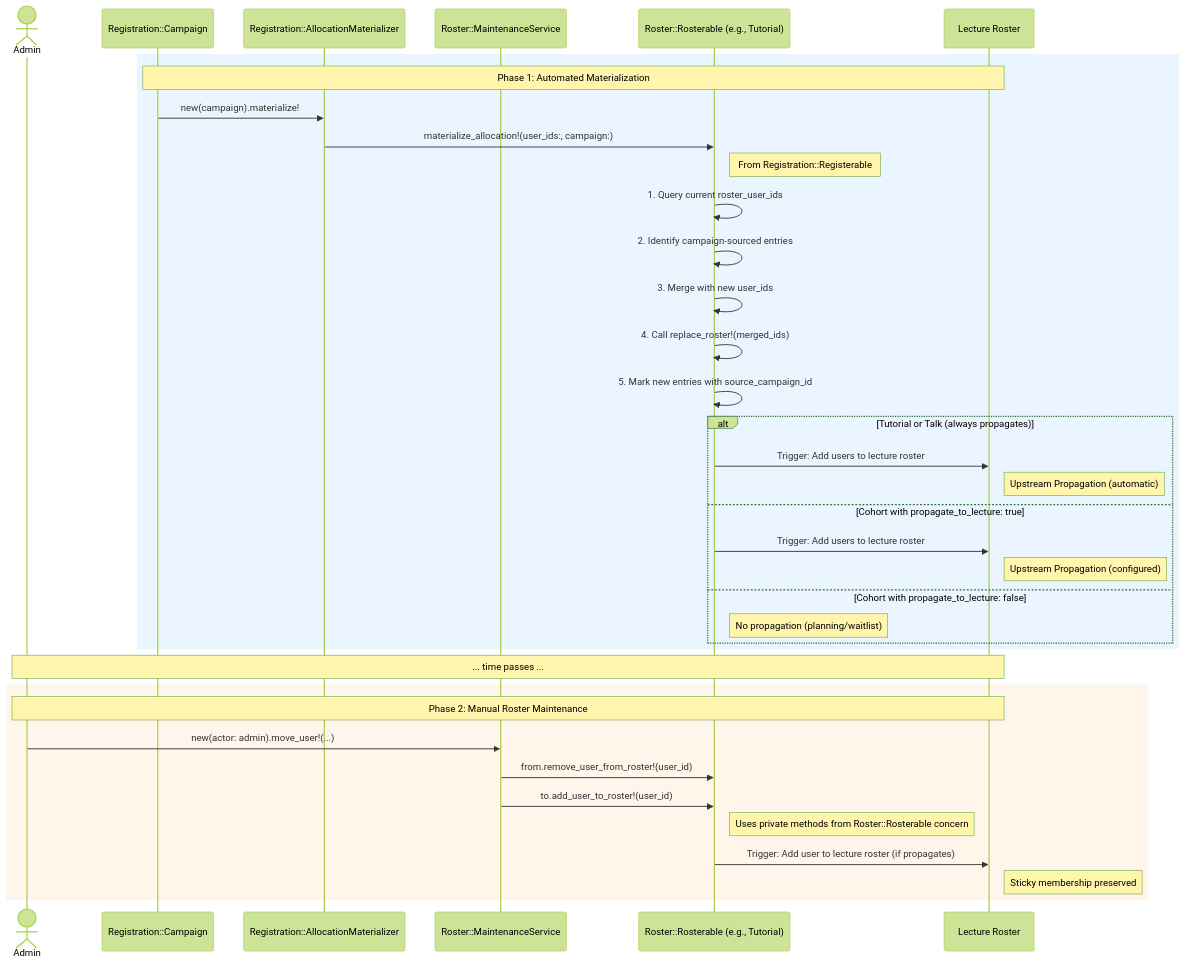
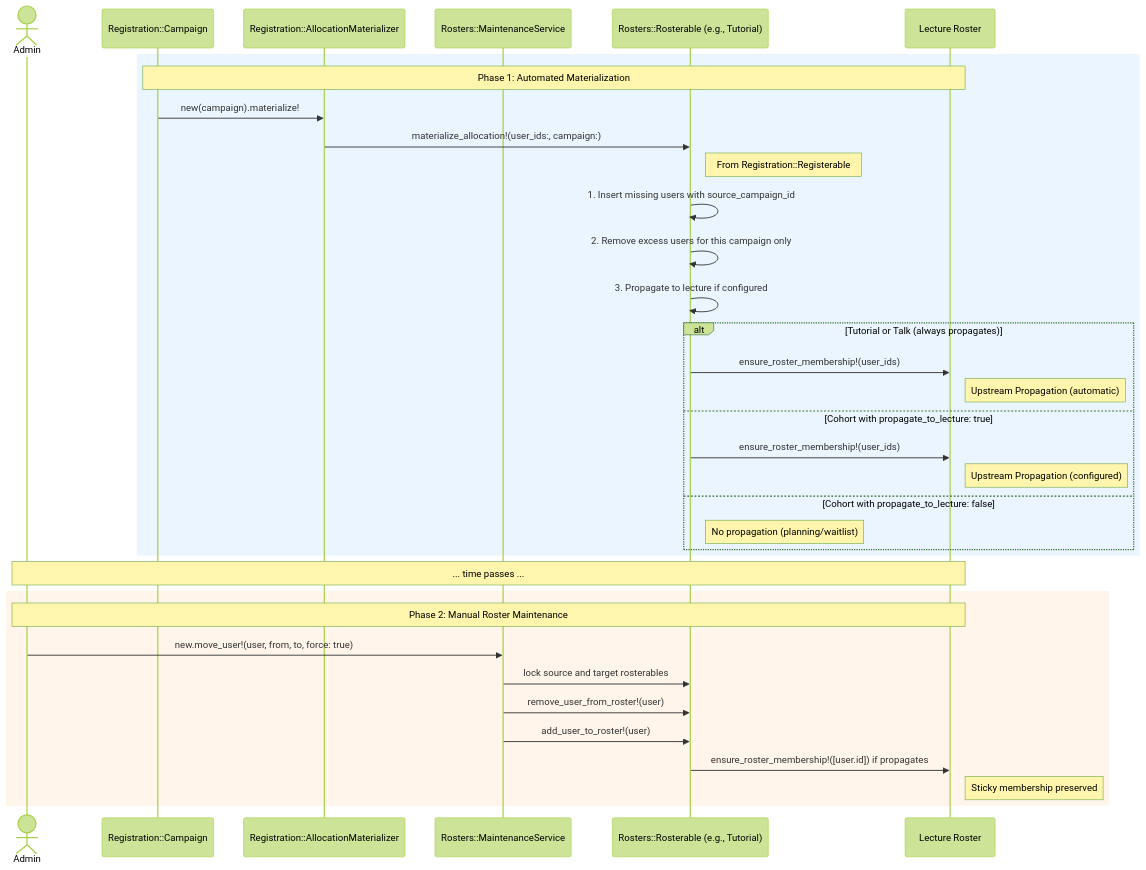
The second of 2 diagrams in architecture/src/features/03-rosters.md (MaMpf-HD/mampf), drawn with Mermaid (forest theme) before and after one commit. The commit also changed other lines of this file and 1 other file, not shown here.

First line of the commit message:
Architecture book: Update docs to reflect actual code (#1097)

````diff
--- a/architecture/src/features/03-rosters.md
+++ b/architecture/src/features/03-rosters.md
@@ -621,43 +514,41 @@
 ```mermaid
 sequenceDiagram
     actor Admin
     participant Campaign as Registration::Campaign
     participant Materializer as Registration::AllocationMaterializer
-    participant RosterService as Roster::MaintenanceService
-    participant SubGroup as Roster::Rosterable (e.g., Tutorial)
+    participant RosterService as Rosters::MaintenanceService
+    participant SubGroup as Rosters::Rosterable (e.g., Tutorial)
     participant Lecture as Lecture Roster
 
     rect rgb(235, 245, 255)
     note over Campaign,Lecture: Phase 1: Automated Materialization
     Campaign->>Materializer: new(campaign).materialize!
     Materializer->>SubGroup: materialize_allocation!(user_ids:, campaign:)
     note right of SubGroup: From Registration::Registerable
-    SubGroup->>SubGroup: 1. Query current roster_user_ids
-    SubGroup->>SubGroup: 2. Identify campaign-sourced entries
-    SubGroup->>SubGroup: 3. Merge with new user_ids
-    SubGroup->>SubGroup: 4. Call replace_roster!(merged_ids)
-    SubGroup->>SubGroup: 5. Mark new entries with source_campaign_id
+    SubGroup->>SubGroup: 1. Insert missing users with source_campaign_id
+    SubGroup->>SubGroup: 2. Remove excess users for this campaign only
+    SubGroup->>SubGroup: 3. Propagate to lecture if configured
 
     alt Tutorial or Talk (always propagates)
-        SubGroup->>Lecture: Trigger: Add users to lecture roster
+      SubGroup->>Lecture: ensure_roster_membership!(user_ids)
         note right of Lecture: Upstream Propagation (automatic)
     else Cohort with propagate_to_lecture: true
-        SubGroup->>Lecture: Trigger: Add users to lecture roster
+      SubGroup->>Lecture: ensure_roster_membership!(user_ids)
         note right of Lecture: Upstream Propagation (configured)
     else Cohort with propagate_to_lecture: false
         note right of SubGroup: No propagation (planning/waitlist)
     end
     end
 
     note over Admin, Lecture: ... time passes ...
 
     rect rgb(255, 245, 235)
     note over Admin,Lecture: Phase 2: Manual Roster Maintenance
-    Admin->>RosterService: new(actor: admin).move_user!(...)
-    RosterService->>SubGroup: from.remove_user_from_roster!(user_id)
-    RosterService->>SubGroup: to.add_user_to_roster!(user_id)
-    note right of SubGroup: Uses private methods from Roster::Rosterable concern
-    SubGroup->>Lecture: Trigger: Add user to lecture roster (if propagates)
+    Admin->>RosterService: new.move_user!(user, from, to, force: true)
+    RosterService->>SubGroup: lock source and target rosterables
+    RosterService->>SubGroup: remove_user_from_roster!(user)
+    RosterService->>SubGroup: add_user_to_roster!(user)
+    SubGroup->>Lecture: ensure_roster_membership!([user.id]) if propagates
     note right of Lecture: Sticky membership preserved
     end
 ```
````
